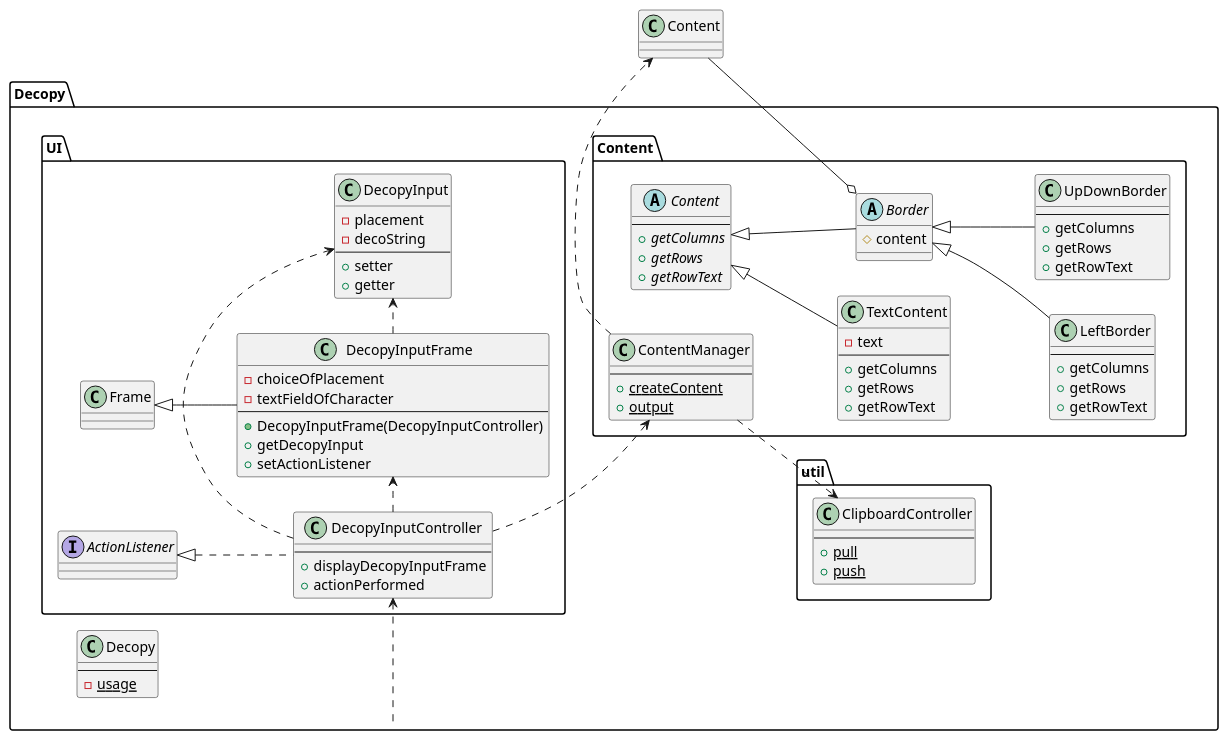
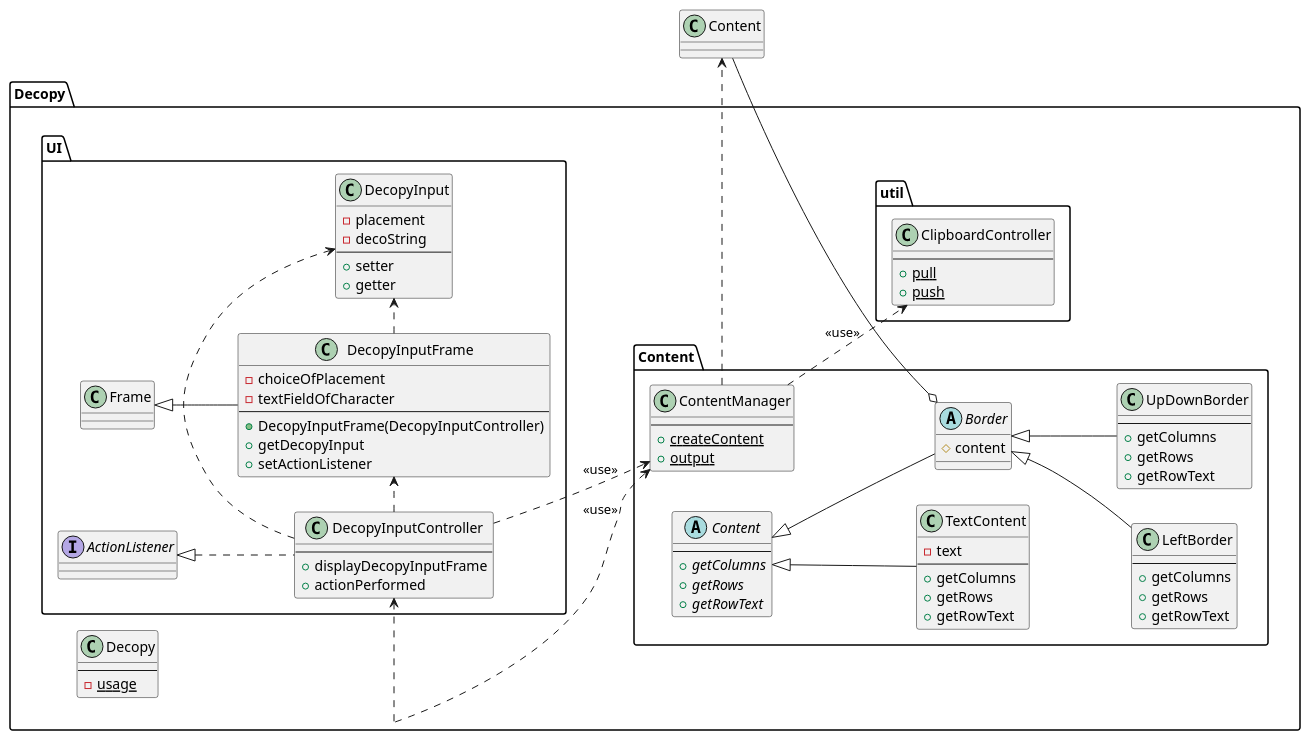
Before and after one commit to ryokow/Decopy: the diagram in design/class.pu, drawn with PlantUML. The commit also changed 2 other files, not shown here.

Commit message:
Class diagram modified.

```diff
--- a/design/class.pu
+++ b/design/class.pu
@@ -1,101 +1,102 @@
 @startuml Decopy
 
 ' クラス定義
 package Decopy{
     Package Content {
         class ContentManager {
             --
             + {static} createContent
             + {static} output
         }
         ' Decoratorパターン ここから ---
         abstract class Content {
             --
             + {abstract} getColumns
             + {abstract} getRows
             + {abstract} getRowText
         }
 
         class TextContent extends Content {
             - text
             --
             + getColumns
             + getRows
             + getRowText
         }
 
         abstract class Border extends Content {
             # content
         }
 
         class LeftBorder extends Border {
             --
             + getColumns
             + getRows
             + getRowText
         }
 
         class UpDownBorder extends Border {
             --
             + getColumns
             + getRows
             + getRowText
         }
         ' Decoratorパターン ここまで---
     }
 
     package UI {
         class DecopyInputController implements ActionListener{
             --
             + displayDecopyInputFrame
             + actionPerformed
         }
 
         class DecopyInputFrame extends Frame{
             - choiceOfPlacement
             - textFieldOfCharacter
             --
             + DecopyInputFrame(DecopyInputController)
             + getDecopyInput
             + setActionListener
         }
 
         class DecopyInput{
         - placement
         - decoString
         --
         + setter
         + getter
         }
     }
 
     package util {
         class ClipboardController {
         --
         + {static} pull
         + {static} push
         }
     }
 
     class Decopy {
         --
         ' - {static} isPlacement
         ' - {static} createContet
         ' - {static} output
         - {static} usage
     }
 }
 
 ' クラス間の関係
 left to right direction
 Decopy .> DecopyInputController
+Decopy .> ContentManager: <<use>>
 Content --o Border 
-ContentManager ..> ClipboardController
-DecopyInputController ..> ContentManager
+ContentManager ..> ClipboardController: <<use>>
+DecopyInputController ..> ContentManager: <<use>>
 ContentManager .> Content
 DecopyInputController .> DecopyInputFrame
 DecopyInputController .> DecopyInput
 DecopyInputFrame .> DecopyInput
 
 
 @enduml
```
